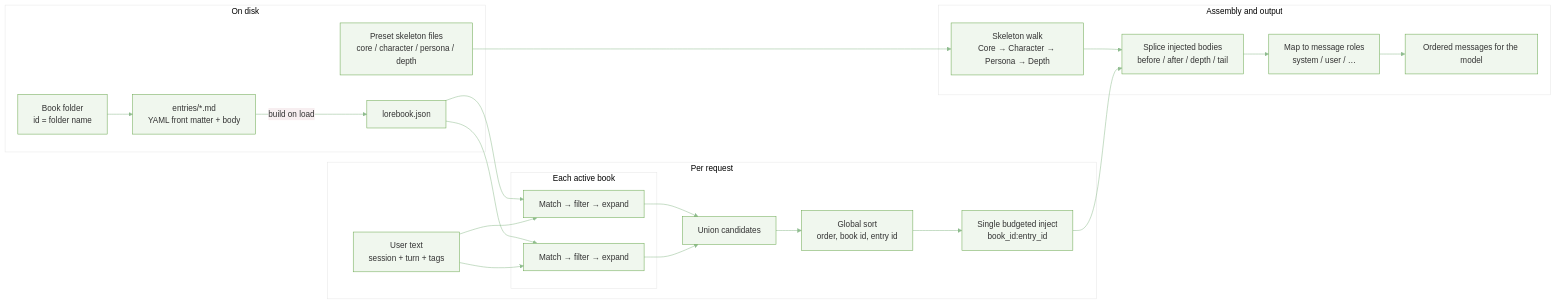
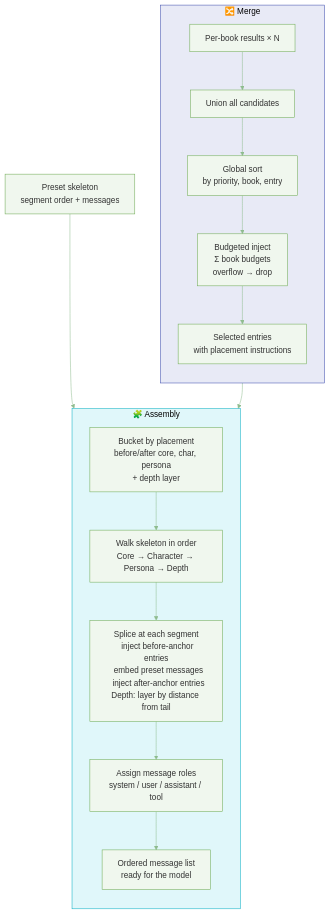
The third of 3 diagrams in doc/prompt_manager.md (zeroDtree/agent), drawn with Mermaid before and after one commit. The commit also changed other lines of this file and 2 other files, not shown here.

Commit message:
Add targeted edit rules and instructions for modifying existing code files

````diff
--- a/doc/prompt_manager.md
+++ b/doc/prompt_manager.md
@@ -15,41 +99,31 @@
 ```mermaid
 %%{init: {'theme': 'base', 'themeVariables': {'primaryColor': '#f0f7ee', 'primaryBorderColor': '#6aa84f', 'lineColor': '#8fbc8f'}}}%%
-flowchart LR
-  subgraph disk["On disk"]
-    BookDir["Book folder\nid = folder name"]
-    Entries["entries/*.md\nYAML front matter + body"]
-    BookJson["lorebook.json"]
-    PresetFiles["Preset skeleton files\ncore / character / persona / depth"]
-    BookDir --> Entries
-    Entries -->|"build on load"| BookJson
+flowchart TB
+  subgraph merge["🔀 Merge"]
+    direction TB
+    BookResults["Per-book results × N"]
+    Union["Union all candidates"]
+    GlobalSort["Global sort\nby priority, book, entry"]
+    Budget["Budgeted inject\nΣ book budgets\noverflow → drop"]
+    MergedOut["Selected entries\nwith placement instructions"]
+
+    BookResults --> Union --> GlobalSort --> Budget --> MergedOut
   end
 
-  subgraph runtime["Per request"]
-    Ctx["User text\nsession + turn + tags"]
-    subgraph books["Each active book"]
-      PipeA["Match → filter → expand"]
-      PipeB["Match → filter → expand"]
-    end
-    Union["Union candidates"]
-    GSort["Global sort\norder, book id, entry id"]
-    Budget["Single budgeted inject\nbook_id:entry_id"]
-    BookJson --> PipeA
-    BookJson --> PipeB
-    Ctx --> PipeA
-    Ctx --> PipeB
-    PipeA --> Union
-    PipeB --> Union
-    Union --> GSort --> Budget
+  subgraph assembly["🧩 Assembly"]
+    direction TB
+    Bucket["Bucket by placement\nbefore/after core, char, persona\n+ depth layer"]
+    Walk["Walk skeleton in order\nCore → Character → Persona → Depth"]
+    Splice["Splice at each segment\n  inject before-anchor entries\n  embed preset messages\n  inject after-anchor entries\nDepth: layer by distance from tail"]
+    MapRole["Assign message roles\nsystem / user / assistant / tool"]
+    FinalOut["Ordered message list\nready for the model"]
+
+    Bucket --> Walk --> Splice --> MapRole --> FinalOut
   end
 
-  subgraph out["Assembly and output"]
-    SkWalk["Skeleton walk\nCore → Character → Persona → Depth"]
-    Splice["Splice injected bodies\nbefore / after / depth / tail"]
-    Roles["Map to message roles\nsystem / user / …"]
-    Msg["Ordered messages for the model"]
-    PresetFiles --> SkWalk
-    SkWalk --> Splice
-    Budget --> Splice
-    Splice --> Roles --> Msg
-  end
+  MergedOut --> Bucket
+  PresetInput["Preset skeleton\nsegment order + messages"] --> Walk
+
+  style merge fill:#e8eaf6,stroke:#3949ab
+  style assembly fill:#e0f7fa,stroke:#00acc1
 ```
````
